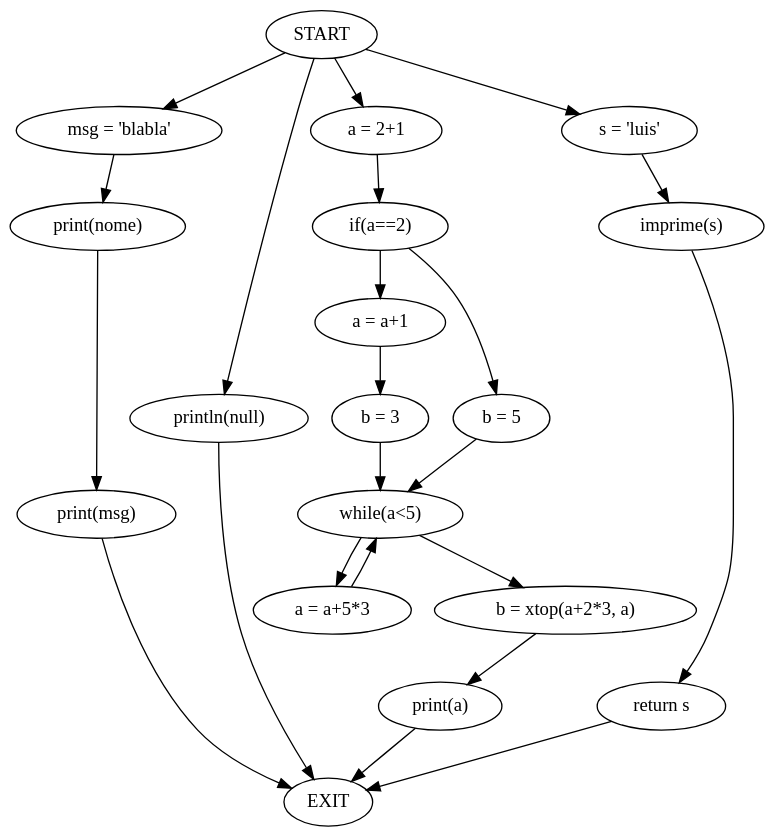
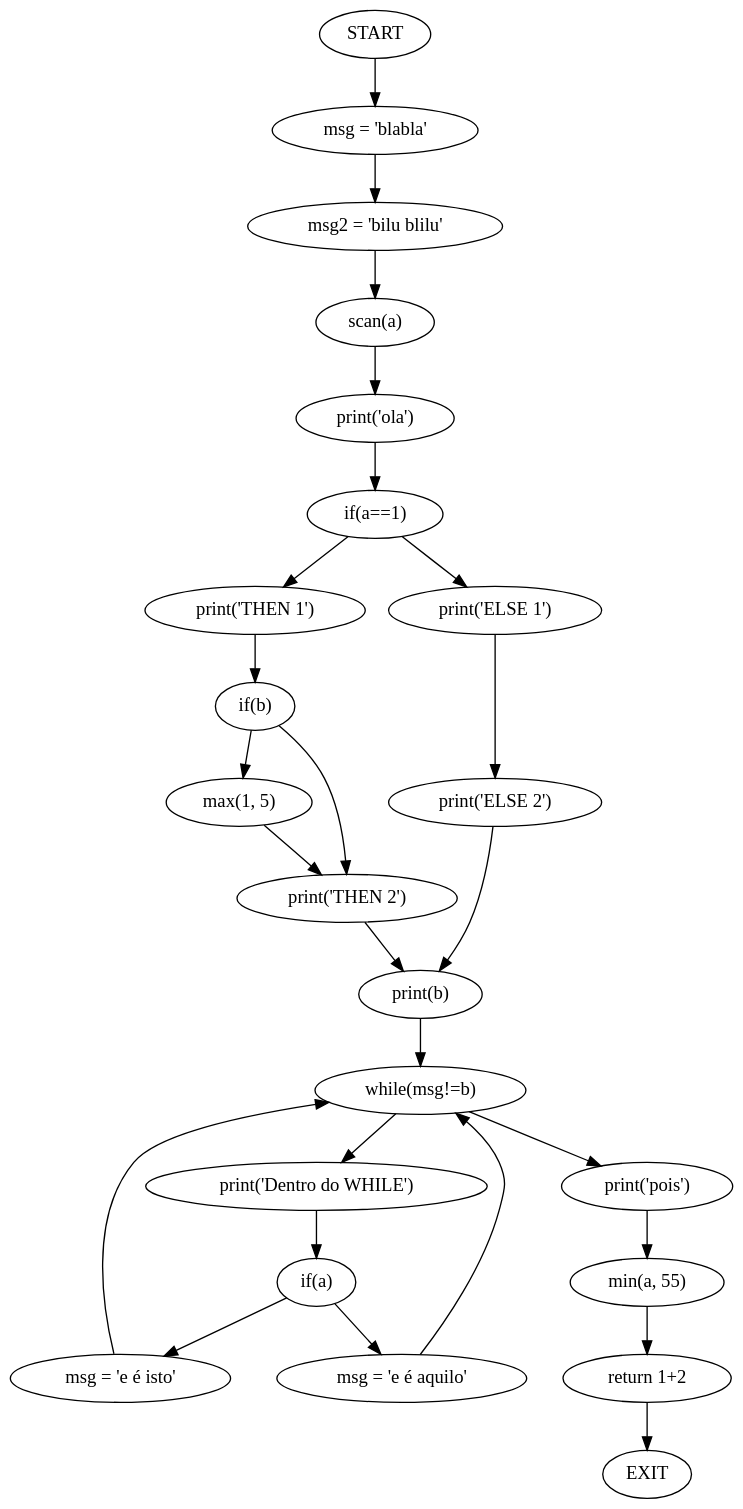
One commit to MiguelCosta/EngenhariaDeLinguagens changed the diagram in ATS/Fichas/Cmb/WebSite/Gramatica/output/cfg.gv. Above: the diagram before and after it, drawn with Graphviz. The commit also changed 12 other files, not shown here.

```diff
--- a/ATS/Fichas/Cmb/WebSite/Gramatica/output/cfg.gv
+++ b/ATS/Fichas/Cmb/WebSite/Gramatica/output/cfg.gv
@@ -1,25 +1,28 @@
 digraph mainmap {
 graph [bgcolor=transparent];
 "START" -> "msg = 'blabla'";
-"START" -> "println(null)";
-"START" -> "a = 2+1";
-"START" -> "s = 'luis'";
-"msg = 'blabla'" -> "print(nome)";
-"print(nome)" -> "print(msg)";
-"print(msg)" -> "EXIT";
-"println(null)" -> "EXIT";
-"a = 2+1" -> "if(a==2)";
-"if(a==2)" -> "a = a+1";
-"if(a==2)" -> "b = 5";
-"a = a+1" -> "b = 3";
-"b = 3" -> "while(a<5)";
-"b = 5" -> "while(a<5)";
-"while(a<5)" -> "a = a+5*3";
-"while(a<5)" -> "b = xtop(a+2*3, a)";
-"a = a+5*3" -> "while(a<5)";
-"b = xtop(a+2*3, a)" -> "print(a)";
-"print(a)" -> "EXIT";
-"s = 'luis'" -> "imprime(s)";
-"imprime(s)" -> "return s";
-"return s" -> "EXIT";
+"msg = 'blabla'" -> "msg2 = 'bilu blilu'";
+"msg2 = 'bilu blilu'" -> "scan(a)";
+"scan(a)" -> "print('ola')";
+"print('ola')" -> "if(a==1)";
+"if(a==1)" -> "print('THEN 1')";
+"if(a==1)" -> "print('ELSE 1')";
+"print('THEN 1')" -> "if(b)";
+"if(b)" -> "max(1, 5)";
+"if(b)" -> "print('THEN 2')";
+"max(1, 5)" -> "print('THEN 2')";
+"print('THEN 2')" -> "print(b)";
+"print('ELSE 1')" -> "print('ELSE 2')";
+"print('ELSE 2')" -> "print(b)";
+"print(b)" -> "while(msg!=b)";
+"while(msg!=b)" -> "print('Dentro do WHILE')";
+"while(msg!=b)" -> "print('pois')";
+"print('Dentro do WHILE')" -> "if(a)";
+"if(a)" -> "msg = 'e é isto'";
+"if(a)" -> "msg = 'e é aquilo'";
+"msg = 'e é isto'" -> "while(msg!=b)";
+"msg = 'e é aquilo'" -> "while(msg!=b)";
+"print('pois')" -> "min(a, 55)";
+"min(a, 55)" -> "return 1+2";
+"return 1+2" -> "EXIT";
 }
```
